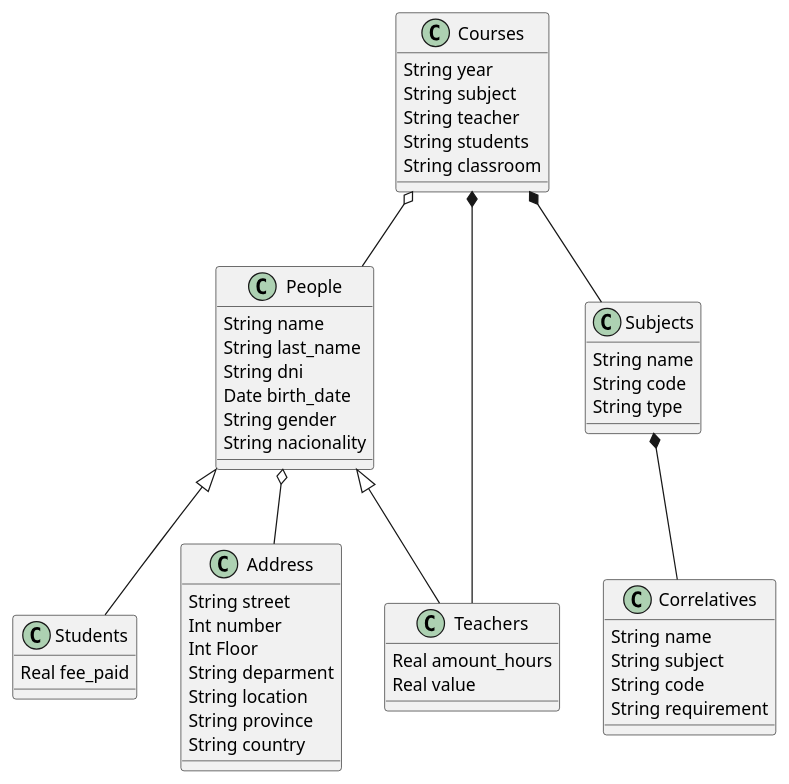
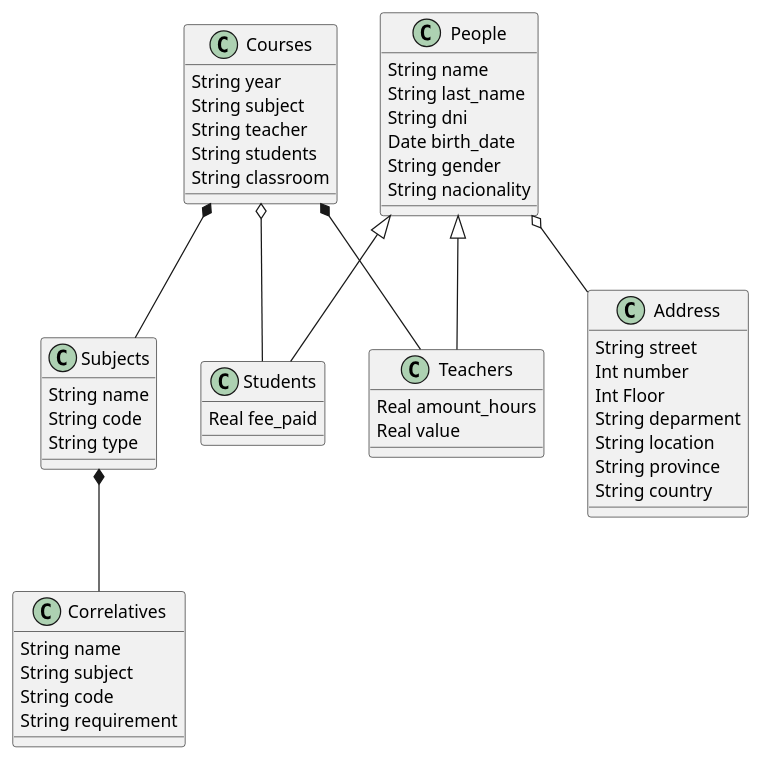
Before and after one commit to jfernancordova/usal: the diagram in paradigms/object_oriented/plantuml/six.puml, drawn with PlantUML. The commit also changed 4 other files, not shown here.

```diff
--- a/paradigms/object_oriented/plantuml/six.puml
+++ b/paradigms/object_oriented/plantuml/six.puml
@@ -1,62 +1,62 @@
 @startuml
 
 class People {
     String name
     String last_name
     String dni
     Date birth_date
     String gender
     String nacionality
 }
 
 class Students {
     Real fee_paid
 }
 
 class Teachers {
     Real amount_hours
     Real value
 }
 
 class Address {
     String street
     Int number
     Int Floor 
     String deparment 
     String location 
     String province 
     String country
 }
 
 class Subjects {
     String name
     String code 
     String type
 }
 
 class Correlatives {
     String name 
     String subject
     String code 
     String requirement
 }
 
 class Courses {
     String year
     String subject
     String teacher
     String students 
     String classroom
 }
 
 People <|-- Students
 People <|-- Teachers
 People o-- Address
 
 Subjects *-- Correlatives
 
 Courses *-- Subjects
-Courses o-- People
+Courses o-- Students
 Courses *-- Teachers
 
 @enduml
```
